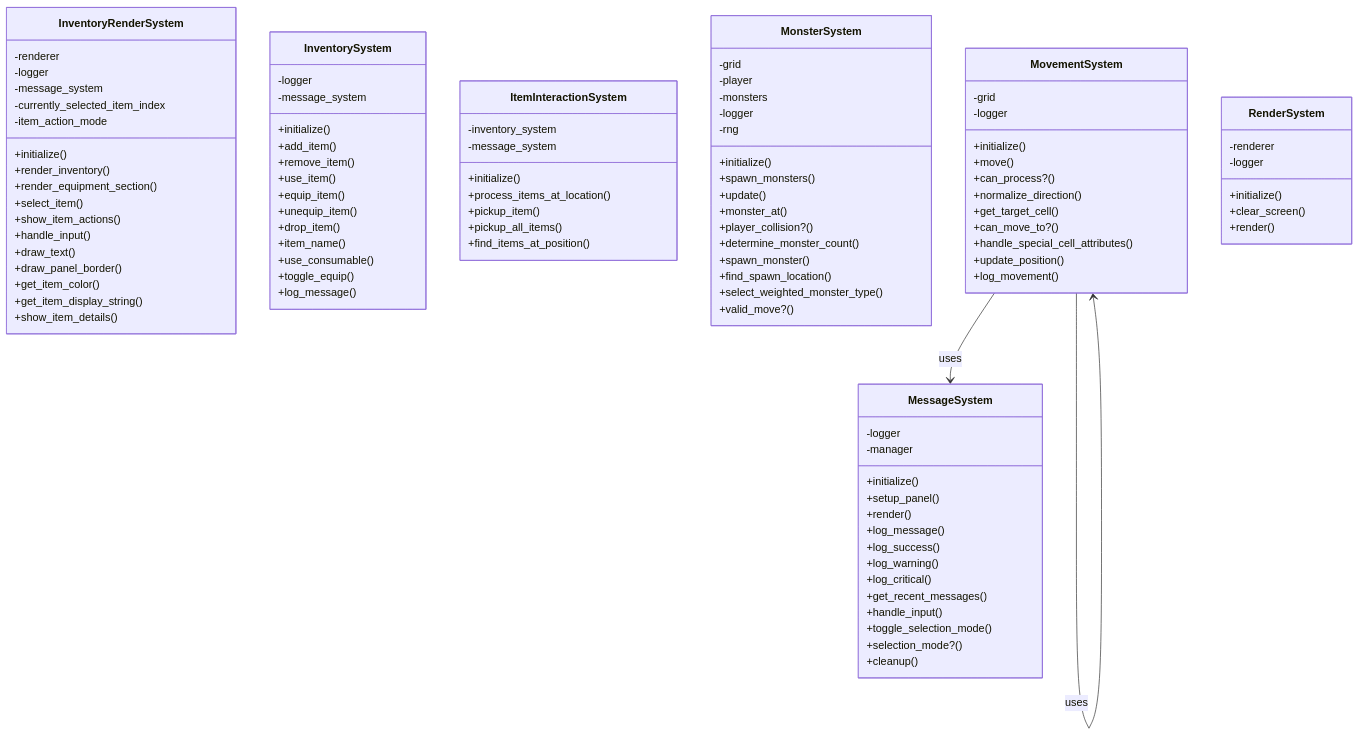
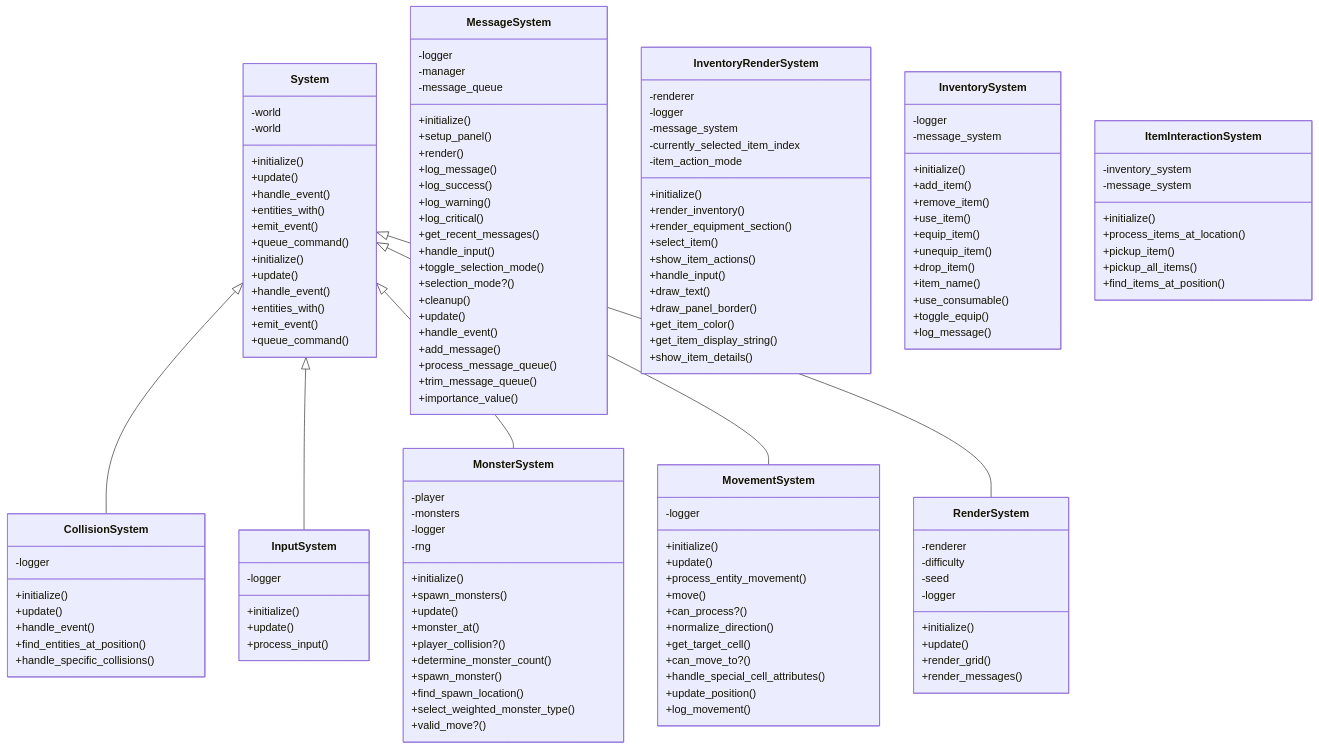
Before and after one commit to Davidslv/vanilla-roguelike: the diagram in documents/diagrams/systems.mmd, drawn with Mermaid. The commit also changed 3 other files, not shown here.

First line of the commit message:
ECS Mermaid documentation

```diff
--- a/documents/diagrams/systems.mmd
+++ b/documents/diagrams/systems.mmd
@@ -1,101 +1,148 @@
 classDiagram
+  subgraph Core
+    class System {
+      -world
+      +initialize()
+      +update()
+      +handle_event()
+      +entities_with()
+      +emit_event()
+      +queue_command()
+    }
+  end
   subgraph Systems
     class MessageSystem {
       -logger
       -manager
+      -message_queue
       +initialize()
       +setup_panel()
       +render()
       +log_message()
       +log_success()
       +log_warning()
       +log_critical()
       +get_recent_messages()
       +handle_input()
       +toggle_selection_mode()
       +selection_mode?()
       +cleanup()
+      +update()
+      +handle_event()
+      +add_message()
+      +process_message_queue()
+      +trim_message_queue()
+      +importance_value()
     }
+    class CollisionSystem {
+      -logger
+      +initialize()
+      +update()
+      +handle_event()
+      +find_entities_at_position()
+      +handle_specific_collisions()
+    }
+    System <|-- CollisionSystem
+    class InputSystem {
+      -logger
+      +initialize()
+      +update()
+      +process_input()
+    }
+    System <|-- InputSystem
     class InventoryRenderSystem {
       -renderer
       -logger
       -message_system
       -currently_selected_item_index
       -item_action_mode
       +initialize()
       +render_inventory()
       +render_equipment_section()
       +select_item()
       +show_item_actions()
       +handle_input()
       +draw_text()
       +draw_panel_border()
       +get_item_color()
       +get_item_display_string()
       +show_item_details()
     }
     class InventorySystem {
       -logger
       -message_system
       +initialize()
       +add_item()
       +remove_item()
       +use_item()
       +equip_item()
       +unequip_item()
       +drop_item()
       +item_name()
       +use_consumable()
       +toggle_equip()
       +log_message()
     }
     class ItemInteractionSystem {
       -inventory_system
       -message_system
       +initialize()
       +process_items_at_location()
       +pickup_item()
       +pickup_all_items()
       +find_items_at_position()
     }
     class MonsterSystem {
-      -grid
       -player
       -monsters
       -logger
       -rng
       +initialize()
       +spawn_monsters()
       +update()
       +monster_at()
       +player_collision?()
       +determine_monster_count()
       +spawn_monster()
       +find_spawn_location()
       +select_weighted_monster_type()
       +valid_move?()
     }
+    System <|-- MonsterSystem
     class MovementSystem {
-      -grid
       -logger
       +initialize()
+      +update()
+      +process_entity_movement()
       +move()
       +can_process?()
       +normalize_direction()
       +get_target_cell()
       +can_move_to?()
       +handle_special_cell_attributes()
       +update_position()
       +log_movement()
     }
+    System <|-- MovementSystem
     class RenderSystem {
       -renderer
+      -difficulty
+      -seed
       -logger
       +initialize()
-      +clear_screen()
-      +render()
+      +update()
+      +render_grid()
+      +render_messages()
+    }
+    System <|-- RenderSystem
+    class System {
+      -world
+      +initialize()
+      +update()
+      +handle_event()
+      +entities_with()
+      +emit_event()
+      +queue_command()
     }
   end
   %% Relationships
-  MovementSystem --> MovementSystem : uses
-  MovementSystem --> MessageSystem : uses
```
